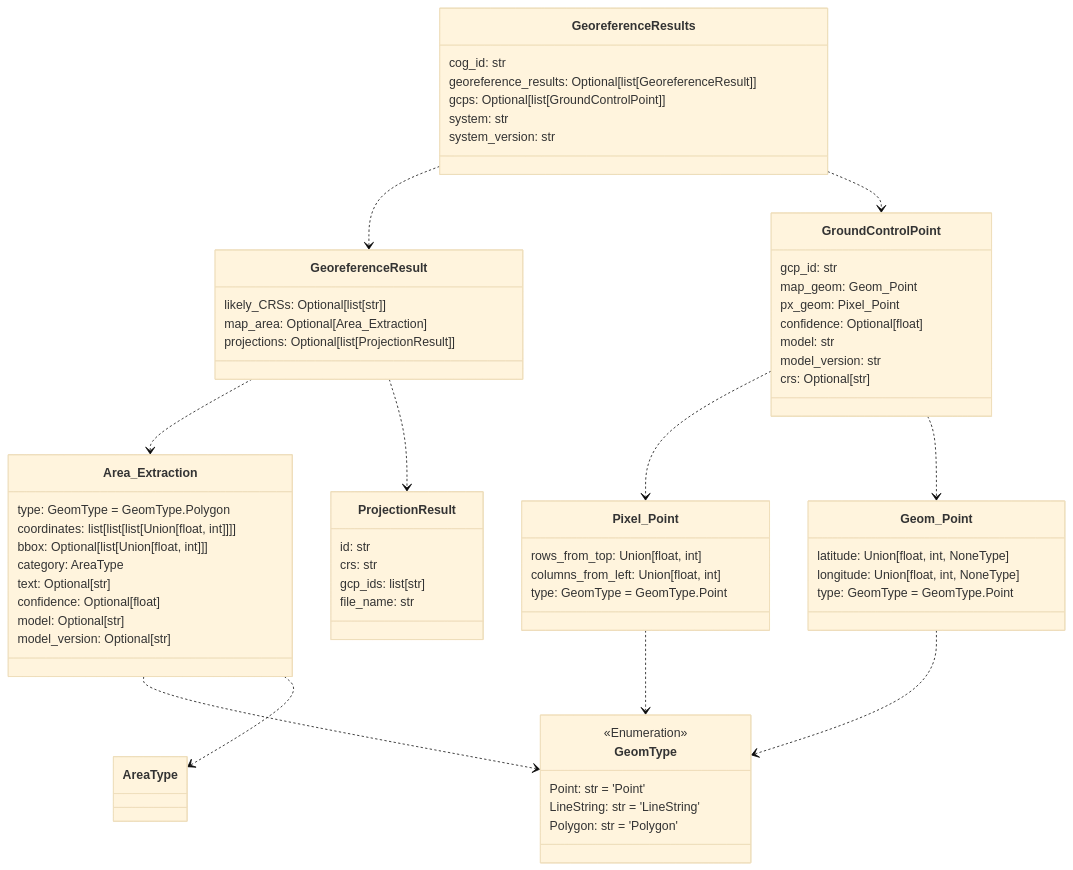
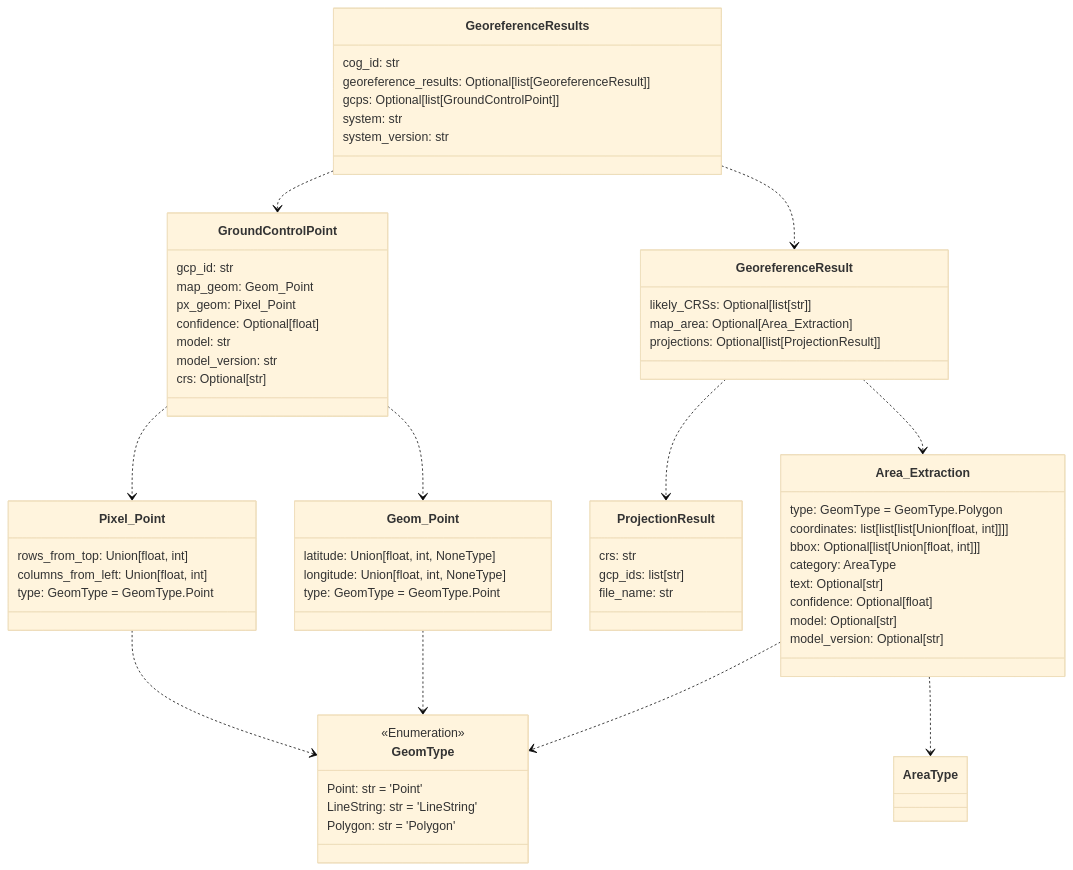
The first of 6 diagrams in README.md (DARPA-CRITICALMAAS/cdr_schemas), drawn with Mermaid (base theme) before and after one commit.

````diff
--- a/README.md
+++ b/README.md
@@ -50,77 +50,76 @@
 ```mermaid
 classDiagram
 
     class Pixel_Point {
         rows_from_top: Union[float, int]
         columns_from_left: Union[float, int]
         type: GeomType = GeomType.Point
+    }
+
+    class GeoreferenceResults {
+        cog_id: str
+        georeference_results: Optional[list[GeoreferenceResult]]
+        gcps: Optional[list[GroundControlPoint]]
+        system: str
+        system_version: str
     }
 
     class GeomType {
         <<Enumeration>>
         Point: str = 'Point'
         LineString: str = 'LineString'
         Polygon: str = 'Polygon'
     }
 
     class Area_Extraction {
         type: GeomType = GeomType.Polygon
         coordinates: list[list[list[Union[float, int]]]]
         bbox: Optional[list[Union[float, int]]]
         category: AreaType
         text: Optional[str]
         confidence: Optional[float]
         model: Optional[str]
         model_version: Optional[str]
     }
 
-    class GeoreferenceResult {
-        likely_CRSs: Optional[list[str]]
-        map_area: Optional[Area_Extraction]
-        projections: Optional[list[ProjectionResult]]
+    class Geom_Point {
+        latitude: Union[float, int, NoneType]
+        longitude: Union[float, int, NoneType]
+        type: GeomType = GeomType.Point
     }
 
     class ProjectionResult {
-        id: str
         crs: str
         gcp_ids: list[str]
         file_name: str
-    }
-
-    class GeoreferenceResults {
-        cog_id: str
-        georeference_results: Optional[list[GeoreferenceResult]]
-        gcps: Optional[list[GroundControlPoint]]
-        system: str
-        system_version: str
     }
 
     class GroundControlPoint {
         gcp_id: str
         map_geom: Geom_Point
         px_geom: Pixel_Point
         confidence: Optional[float]
         model: str
         model_version: str
         crs: Optional[str]
     }
 
-    class Geom_Point {
-        latitude: Union[float, int, NoneType]
-        longitude: Union[float, int, NoneType]
-        type: GeomType = GeomType.Point
+    class GeoreferenceResult {
+        likely_CRSs: Optional[list[str]]
+        map_area: Optional[Area_Extraction]
+        projections: Optional[list[ProjectionResult]]
     }
 
     Area_Extraction ..> GeomType
     Area_Extraction ..> AreaType
     Geom_Point ..> GeomType
     Pixel_Point ..> GeomType
     GroundControlPoint ..> Pixel_Point
     GroundControlPoint ..> Geom_Point
+    GeoreferenceResult ..> ProjectionResult
     GeoreferenceResult ..> Area_Extraction
-    GeoreferenceResult ..> ProjectionResult
+    GeoreferenceResults ..> GroundControlPoint
     GeoreferenceResults ..> GeoreferenceResult
-    GeoreferenceResults ..> GroundControlPoint
 
 
 ```
````
